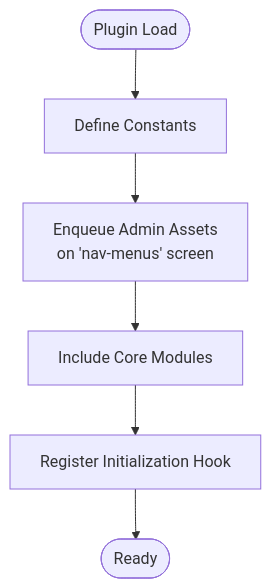
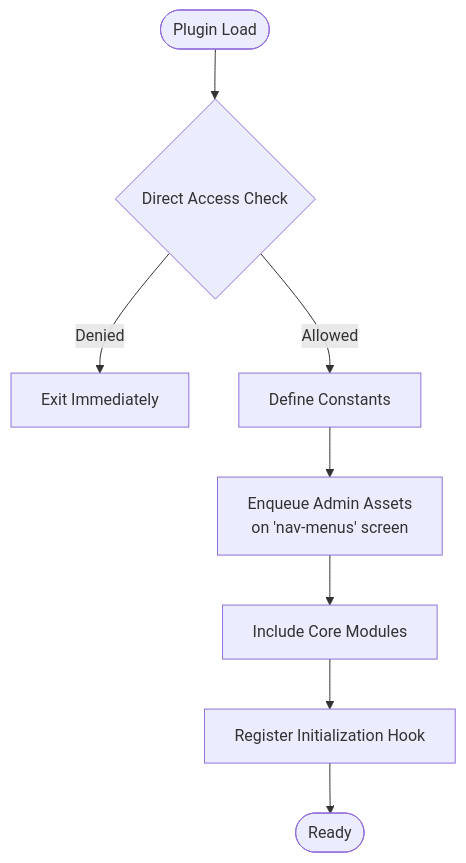
One commit to mahfuzurwp/hide-menu-items-by-role changed the third of 6 diagrams in .qoder/repowiki/en/content/Plugin Overview.md. Above: the diagram before and after it, drawn with Mermaid. The commit also changed other lines of this file and 8 other files, not shown here.

````diff
--- a/.qoder/repowiki/en/content/Plugin Overview.md
+++ b/.qoder/repowiki/en/content/Plugin Overview.md
@@ -114,8 +165,10 @@
 ```mermaid
 flowchart TD
-Start(["Plugin Load"]) --> Define["Define Constants"]
+Start(["Plugin Load"]) --> CheckAccess{"Direct Access Check"}
+CheckAccess --> |Denied| Exit["Exit Immediately"]
+CheckAccess --> |Allowed| Define["Define Constants"]
 Define --> Enqueue["Enqueue Admin Assets<br/>on 'nav-menus' screen"]
 Enqueue --> Include["Include Core Modules"]
 Include --> Init["Register Initialization Hook"]
 Init --> End(["Ready"])
 ```
````
